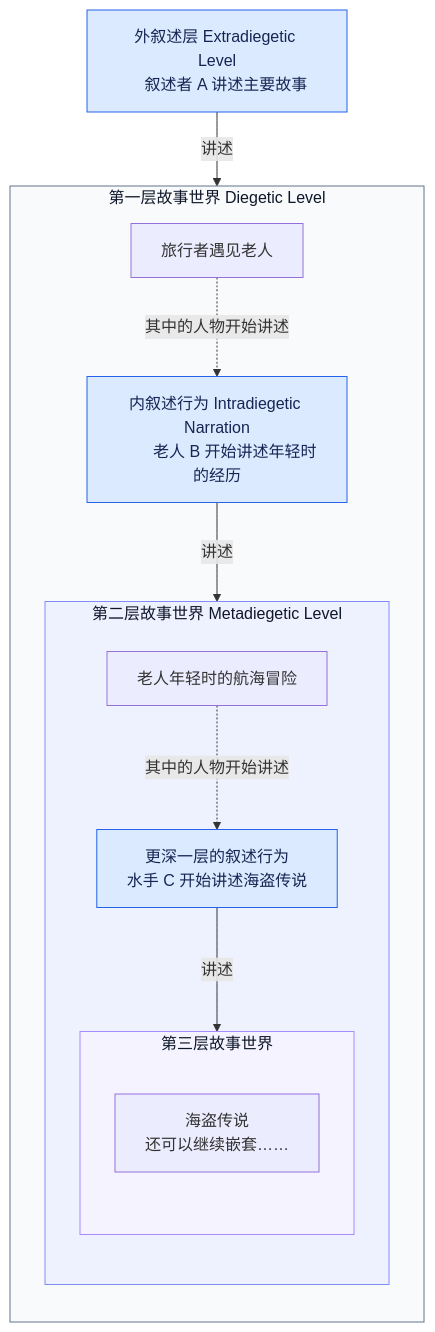
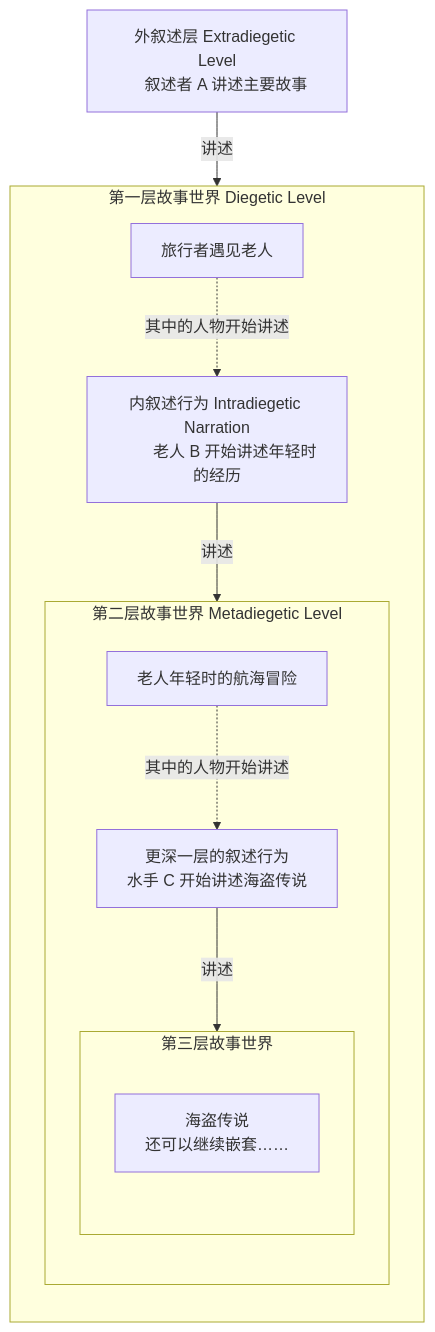
Before and after one commit to gmkzwwg/gomibako: the first of 2 diagrams in collections/_posts/2025-05-28-read素食者.md, drawn with Mermaid. The commit also changed other lines of this file and 2 other files, not shown here.

````diff
--- a/collections/_posts/2025-05-28-read素食者.md
+++ b/collections/_posts/2025-05-28-read素食者.md
@@ -155,38 +155,31 @@
 ```mermaid
 flowchart TB
     A["外叙述层 Extradiegetic Level
     叙述者 A 讲述主要故事"]
 
     subgraph L1["第一层故事世界 Diegetic Level"]
         direction TB
         B["旅行者遇见老人"]
         C["内叙述行为 Intradiegetic Narration
         老人 B 开始讲述年轻时的经历"]
 
         subgraph L2["第二层故事世界 Metadiegetic Level"]
             direction TB
             D["老人年轻时的航海冒险"]
             E["更深一层的叙述行为
             水手 C 开始讲述海盗传说"]
 
             subgraph L3["第三层故事世界"]
                 direction TB
                 F["海盗传说
                 还可以继续嵌套……"]
             end
         end
     end
 
     A -->|"讲述"| B
     B -.->|"其中的人物开始讲述"| C
     C -->|"讲述"| D
     D -.->|"其中的人物开始讲述"| E
     E -->|"讲述"| F
-
-    style A fill:#dbeafe,color:#172554,stroke:#2563eb
-    style C fill:#dbeafe,color:#172554,stroke:#2563eb
-    style E fill:#dbeafe,color:#172554,stroke:#2563eb
-    style L1 fill:#f8fafc,color:#0f172a,stroke:#64748b
-    style L2 fill:#eef2ff,color:#0f172a,stroke:#818cf8
-    style L3 fill:#f5f3ff,color:#0f172a,stroke:#a78bfa
 ```
````
